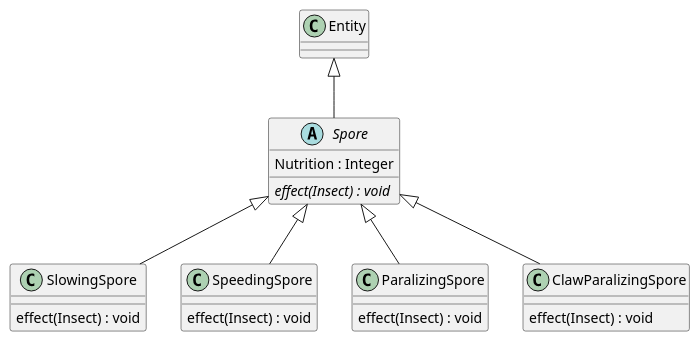
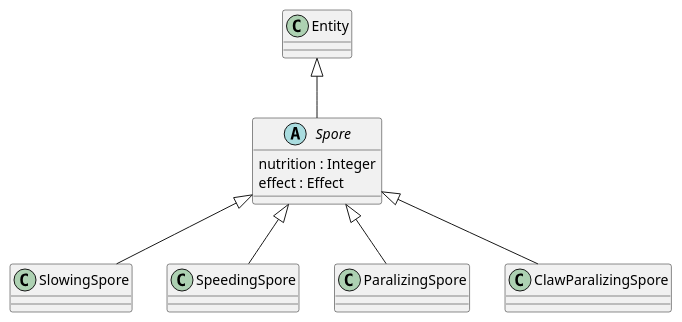
Before and after one commit to Petya-G/fungorium: the diagram in 3/classes/spore.puml, drawn with PlantUML. The commit also changed 8 other files, not shown here.

```diff
--- a/3/classes/spore.puml
+++ b/3/classes/spore.puml
@@ -1,33 +1,25 @@
 @startuml spore
 
 Entity <|-- Spore
 
 abstract class Spore{
-    Nutrition : Integer
-    {abstract} effect(Insect) : void
+    nutrition : Integer
+    effect : Effect
 }
 
 Spore <|--SlowingSpore
 class SlowingSpore{
-    effect(Insect) : void
-
 }
 
 Spore <|--SpeedingSpore
 class SpeedingSpore{
-    effect(Insect) : void
-
 }
 
 Spore <|--ParalizingSpore
 class ParalizingSpore{
-    effect(Insect) : void
-
 }
 
 Spore <|--ClawParalizingSpore
 class ClawParalizingSpore{
-    effect(Insect) : void
-
 }
 @enduml	
```
